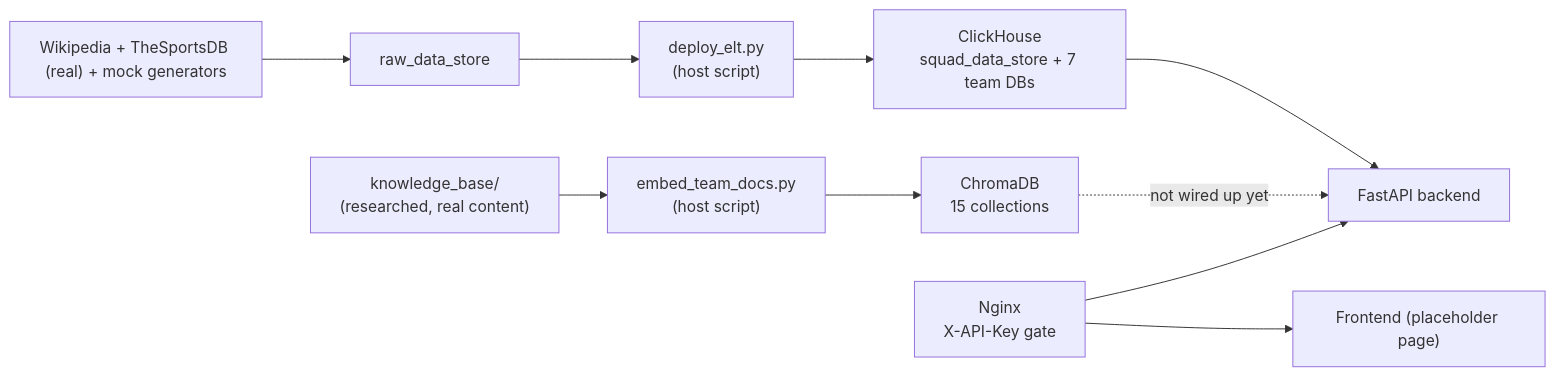
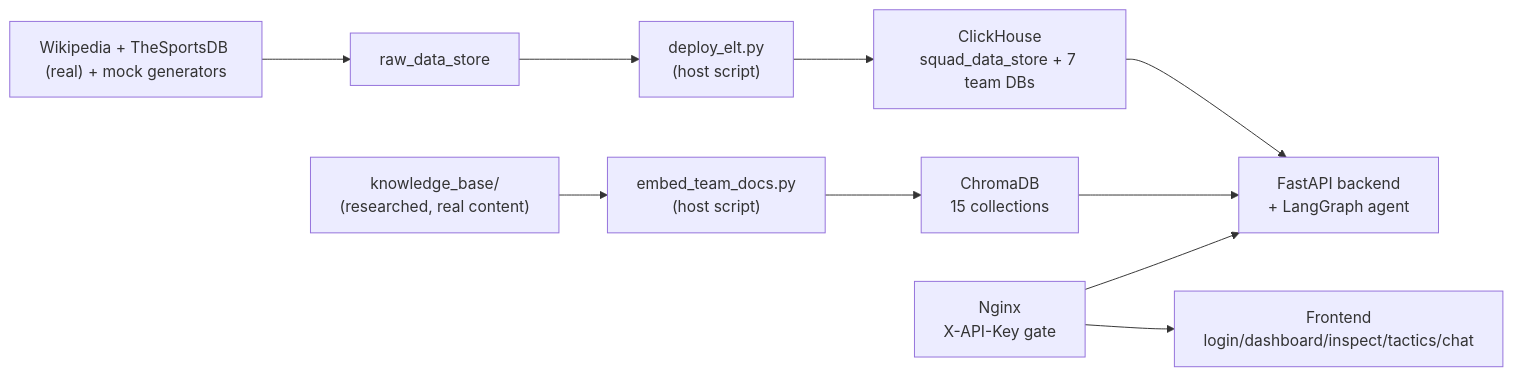
Before and after one commit to priyanshubiswas-tech/squad-console: the diagram in README.md, drawn with Mermaid. The commit also changed other lines of this file and 51 other files, not shown here.

````diff
--- a/README.md
+++ b/README.md
@@ -43,12 +44,12 @@
 ```mermaid
 flowchart LR
     ext["Wikipedia + TheSportsDB (real) + mock generators"] --> raw["raw_data_store"]
     raw --> ingest["deploy_elt.py\n(host script)"]
     ingest --> ch["ClickHouse\nsquad_data_store + 7 team DBs"]
     kb["knowledge_base/\n(researched, real content)"] --> embed["embed_team_docs.py\n(host script)"]
     embed --> chroma["ChromaDB\n15 collections"]
-    ch --> backend["FastAPI backend"]
-    chroma -.->|"not wired up yet"| backend
+    ch --> backend["FastAPI backend\n+ LangGraph agent"]
+    chroma --> backend
     nginx["Nginx\nX-API-Key gate"] --> backend
-    nginx --> frontend["Frontend (placeholder page)"]
+    nginx --> frontend["Frontend\nlogin/dashboard/inspect/tactics/chat"]
 ```
````
